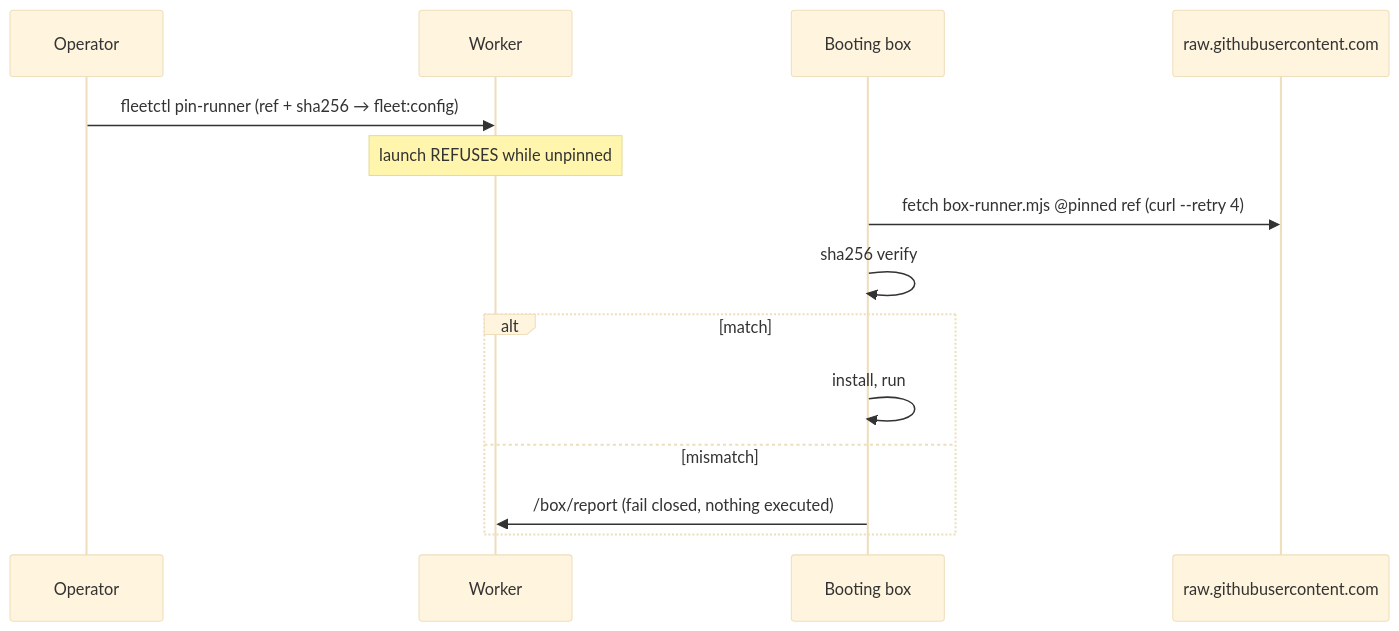
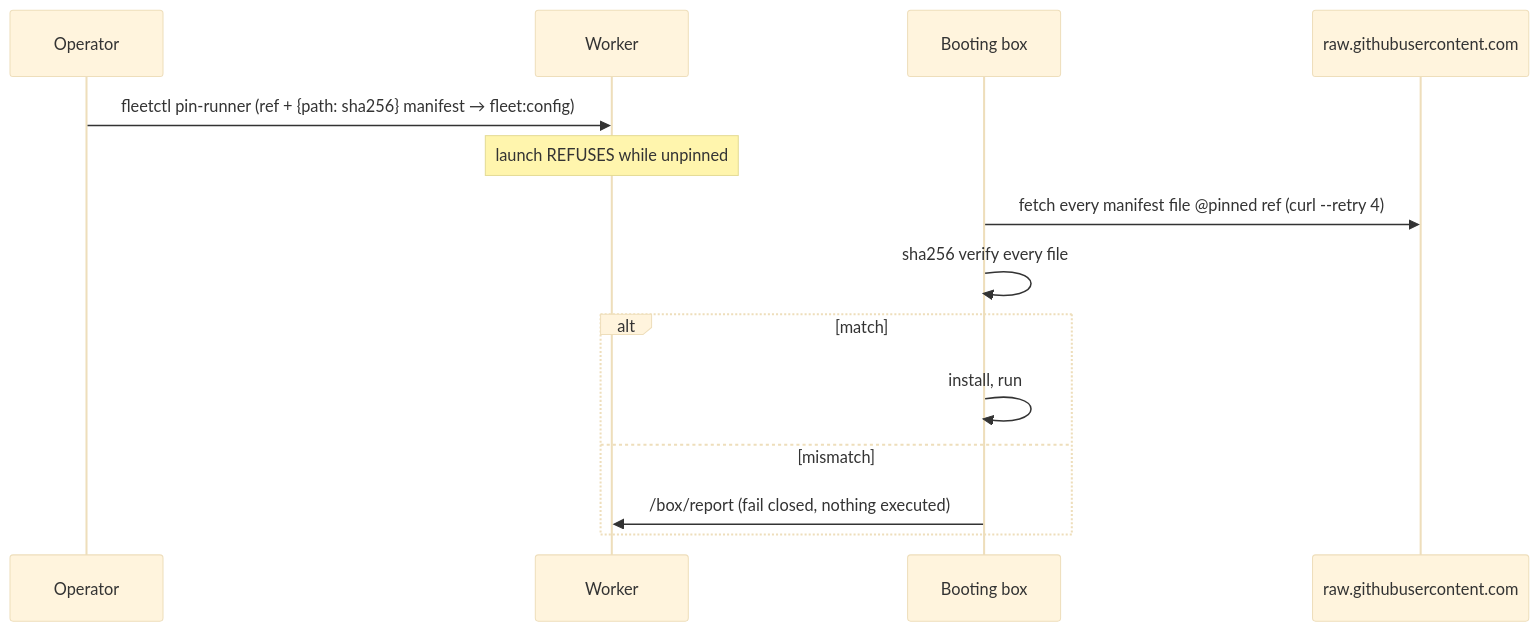
Before and after one commit to abel30567/orch-bench-fermi-mcp: the seventh of 8 diagrams in docs-site/architecture/data-flows.md, drawn with Mermaid (base theme). The commit also changed 10 other files, not shown here.

````diff
--- a/docs-site/architecture/data-flows.md
+++ b/docs-site/architecture/data-flows.md
@@ -111,16 +111,16 @@
 ```mermaid
 sequenceDiagram
     participant Op as Operator
     participant W as Worker
     participant B as Booting box
     participant GH as raw.githubusercontent.com
-    Op->>W: fleetctl pin-runner (ref + sha256 → fleet:config)
+    Op->>W: fleetctl pin-runner (ref + {path: sha256} manifest → fleet:config)
     Note over W: launch REFUSES while unpinned
-    B->>GH: fetch box-runner.mjs @pinned ref (curl --retry 4)
-    B->>B: sha256 verify
+    B->>GH: fetch every manifest file @pinned ref (curl --retry 4)
+    B->>B: sha256 verify every file
     alt match
         B->>B: install, run
     else mismatch
         B->>W: /box/report (fail closed, nothing executed)
     end
 ```
````
